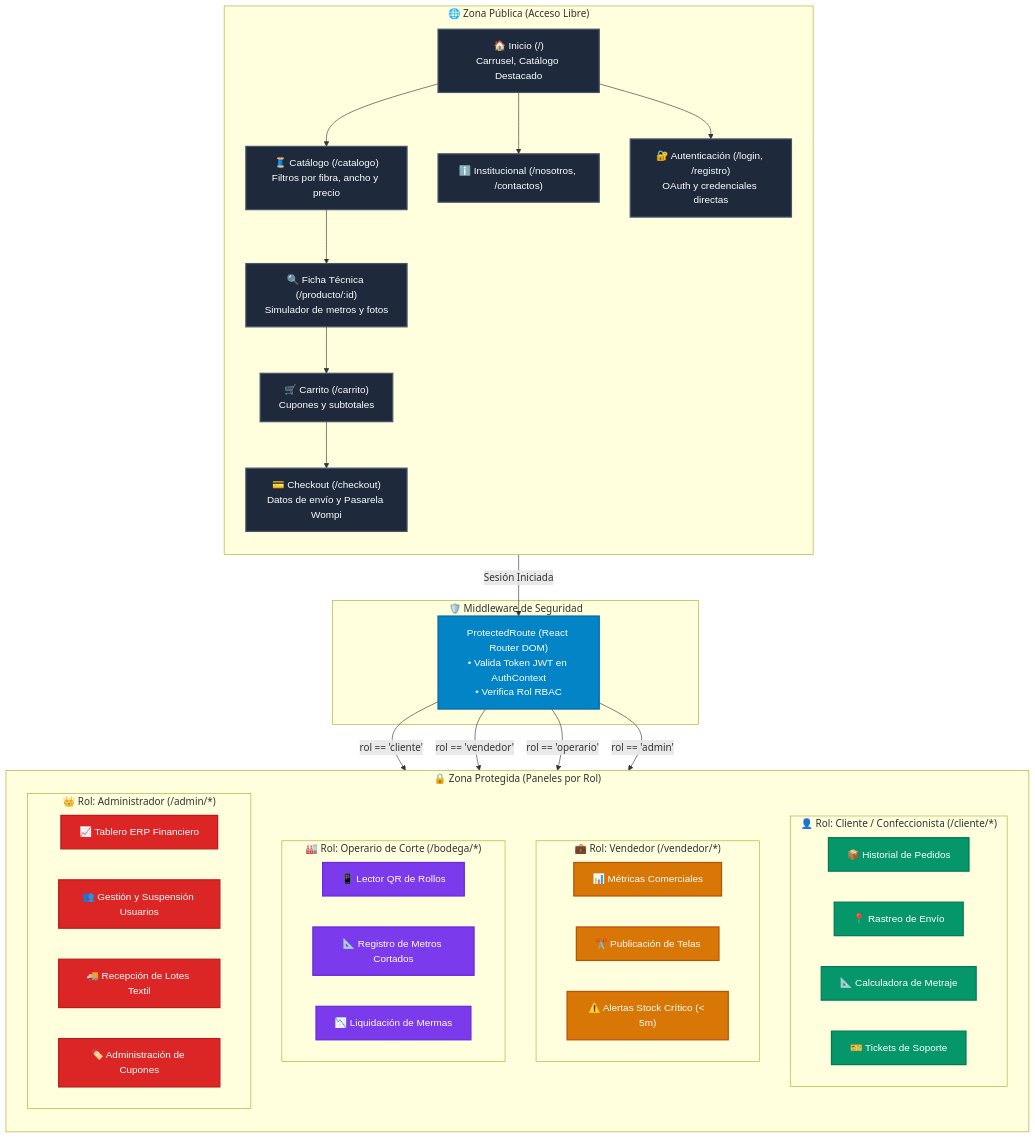
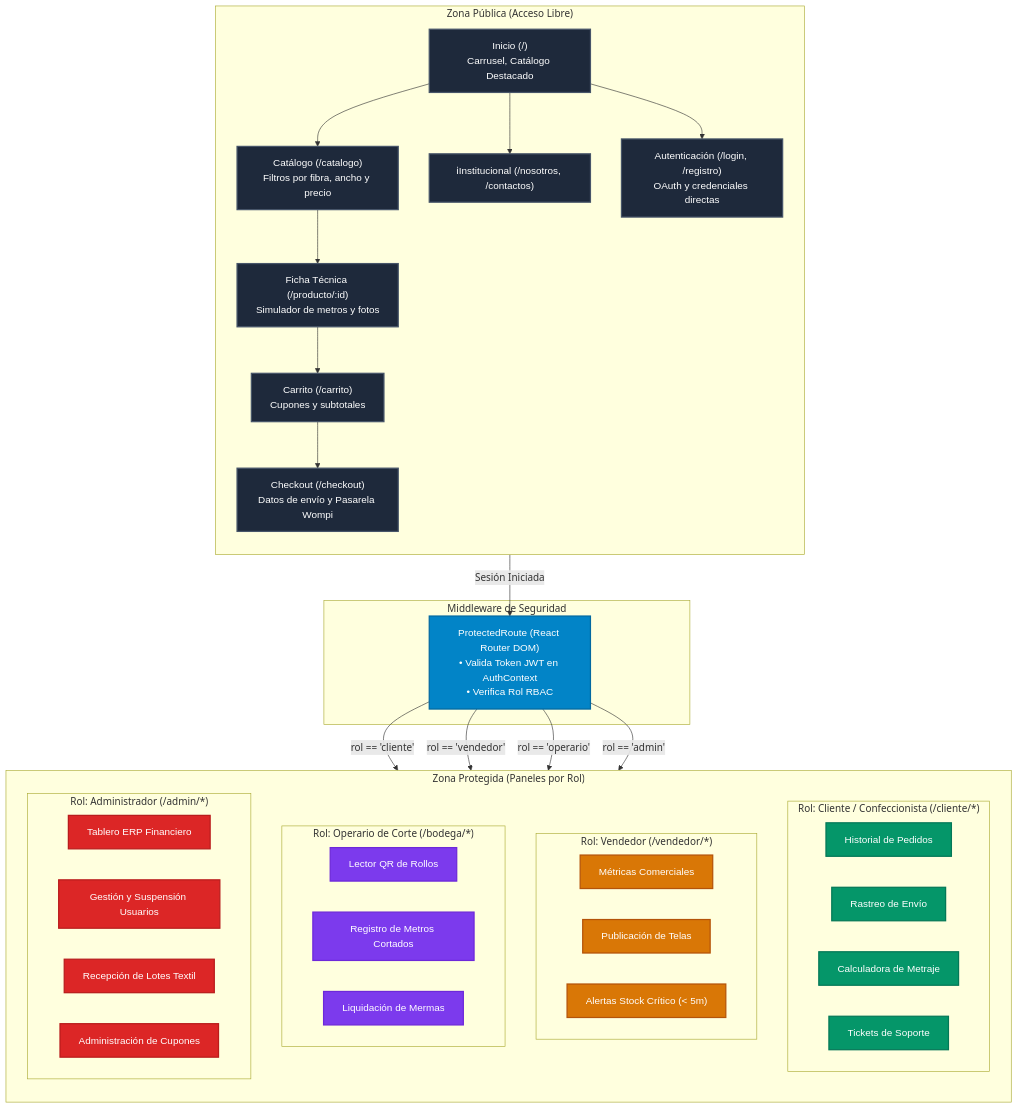
One commit to DAVIDVLEZ-DEVELOPER/PROYECTO-SENA-TIENDA-TEXTIL changed the diagram in documentacion/03-arquitectura-frontend-y-roles.md. Above: the diagram before and after it, drawn with Mermaid. The commit also changed 6 other files, not shown here.

Commit message:
docs: eliminar emojis de la documentacion tecnica y diagramas de arquitectura para conformidad con estandares academicos ADSO

````diff
--- a/documentacion/03-arquitectura-frontend-y-roles.md
+++ b/documentacion/03-arquitectura-frontend-y-roles.md
@@ -103,64 +103,64 @@
 ```mermaid
 flowchart TD
     classDef publicStyle fill:#1e293b,stroke:#475569,stroke-width:2px,color:#ffffff,font-family:sans-serif;
     classDef authStyle fill:#0284c7,stroke:#0369a1,stroke-width:2px,color:#ffffff,font-family:sans-serif;
     classDef clientStyle fill:#059669,stroke:#047857,stroke-width:2px,color:#ffffff,font-family:sans-serif;
     classDef sellerStyle fill:#d97706,stroke:#b45309,stroke-width:2px,color:#ffffff,font-family:sans-serif;
     classDef operStyle fill:#7c3aed,stroke:#6d28d9,stroke-width:2px,color:#ffffff,font-family:sans-serif;
     classDef adminStyle fill:#dc2626,stroke:#b91c1c,stroke-width:2px,color:#ffffff,font-family:sans-serif;
 
-    subgraph ZonaPublica ["🌐 Zona Pública (Acceso Libre)"]
+    subgraph ZonaPublica ["Zona Pública (Acceso Libre)"]
         direction TB
-        Home["🏠 Inicio (/)<br/>Carrusel, Catálogo Destacado"]:::publicStyle
-        Catalogo["🧵 Catálogo (/catalogo)<br/>Filtros por fibra, ancho y precio"]:::publicStyle
-        Detalle["🔍 Ficha Técnica (/producto/:id)<br/>Simulador de metros y fotos"]:::publicStyle
-        Carrito["🛒 Carrito (/carrito)<br/>Cupones y subtotales"]:::publicStyle
-        Checkout["💳 Checkout (/checkout)<br/>Datos de envío y Pasarela Wompi"]:::publicStyle
-        Login["🔐 Autenticación (/login, /registro)<br/>OAuth y credenciales directas"]:::publicStyle
-        Institucional["ℹ️ Institucional (/nosotros, /contactos)"]:::publicStyle
+        Home["Inicio (/)<br/>Carrusel, Catálogo Destacado"]:::publicStyle
+        Catalogo["Catálogo (/catalogo)<br/>Filtros por fibra, ancho y precio"]:::publicStyle
+        Detalle["Ficha Técnica (/producto/:id)<br/>Simulador de metros y fotos"]:::publicStyle
+        Carrito["Carrito (/carrito)<br/>Cupones y subtotales"]:::publicStyle
+        Checkout["Checkout (/checkout)<br/>Datos de envío y Pasarela Wompi"]:::publicStyle
+        Login["Autenticación (/login, /registro)<br/>OAuth y credenciales directas"]:::publicStyle
+        Institucional["ℹInstitucional (/nosotros, /contactos)"]:::publicStyle
 
         Home --> Catalogo --> Detalle --> Carrito --> Checkout
         Home --> Institucional
         Home --> Login
     end
 
-    subgraph GuardiaSeguridad ["🛡️ Middleware de Seguridad"]
+    subgraph GuardiaSeguridad ["Middleware de Seguridad"]
         ProtectedRoute["ProtectedRoute (React Router DOM)<br/>• Valida Token JWT en AuthContext<br/>• Verifica Rol RBAC"]:::authStyle
     end
 
-    subgraph ZonaProtegida ["🔒 Zona Protegida (Paneles por Rol)"]
+    subgraph ZonaProtegida ["Zona Protegida (Paneles por Rol)"]
         direction TB
 
-        subgraph PanelCliente ["👤 Rol: Cliente / Confeccionista (/cliente/*)"]
-            Cli1["📦 Historial de Pedidos"]:::clientStyle
-            Cli2["📍 Rastreo de Envío"]:::clientStyle
-            Cli3["📐 Calculadora de Metraje"]:::clientStyle
-            Cli4["🎫 Tickets de Soporte"]:::clientStyle
+        subgraph PanelCliente ["Rol: Cliente / Confeccionista (/cliente/*)"]
+            Cli1["Historial de Pedidos"]:::clientStyle
+            Cli2["Rastreo de Envío"]:::clientStyle
+            Cli3["Calculadora de Metraje"]:::clientStyle
+            Cli4["Tickets de Soporte"]:::clientStyle
         end
 
-        subgraph PanelVendedor ["💼 Rol: Vendedor (/vendedor/*)"]
-            Ven1["📊 Métricas Comerciales"]:::sellerStyle
-            Ven2["✂️ Publicación de Telas"]:::sellerStyle
-            Ven3["⚠️ Alertas Stock Crítico (< 5m)"]:::sellerStyle
+        subgraph PanelVendedor ["Rol: Vendedor (/vendedor/*)"]
+            Ven1["Métricas Comerciales"]:::sellerStyle
+            Ven2["Publicación de Telas"]:::sellerStyle
+            Ven3["Alertas Stock Crítico (< 5m)"]:::sellerStyle
         end
 
-        subgraph PanelOperario ["🏭 Rol: Operario de Corte (/bodega/*)"]
-            Op1["📱 Lector QR de Rollos"]:::operStyle
-            Op2["📐 Registro de Metros Cortados"]:::operStyle
-            Op3["📉 Liquidación de Mermas"]:::operStyle
+        subgraph PanelOperario ["Rol: Operario de Corte (/bodega/*)"]
+            Op1["Lector QR de Rollos"]:::operStyle
+            Op2["Registro de Metros Cortados"]:::operStyle
+            Op3["Liquidación de Mermas"]:::operStyle
         end
 
-        subgraph PanelAdmin ["👑 Rol: Administrador (/admin/*)"]
-            Adm1["📈 Tablero ERP Financiero"]:::adminStyle
-            Adm2["👥 Gestión y Suspensión Usuarios"]:::adminStyle
-            Adm3["🚚 Recepción de Lotes Textil"]:::adminStyle
-            Adm4["🏷️ Administración de Cupones"]:::adminStyle
+        subgraph PanelAdmin ["Rol: Administrador (/admin/*)"]
+            Adm1["Tablero ERP Financiero"]:::adminStyle
+            Adm2["Gestión y Suspensión Usuarios"]:::adminStyle
+            Adm3["Recepción de Lotes Textil"]:::adminStyle
+            Adm4["Administración de Cupones"]:::adminStyle
         end
     end
 
     Login -->|Sesión Iniciada| ProtectedRoute
     ProtectedRoute -->|rol == 'cliente'| PanelCliente
     ProtectedRoute -->|rol == 'vendedor'| PanelVendedor
     ProtectedRoute -->|rol == 'operario'| PanelOperario
     ProtectedRoute -->|rol == 'admin'| PanelAdmin
 ```
````
